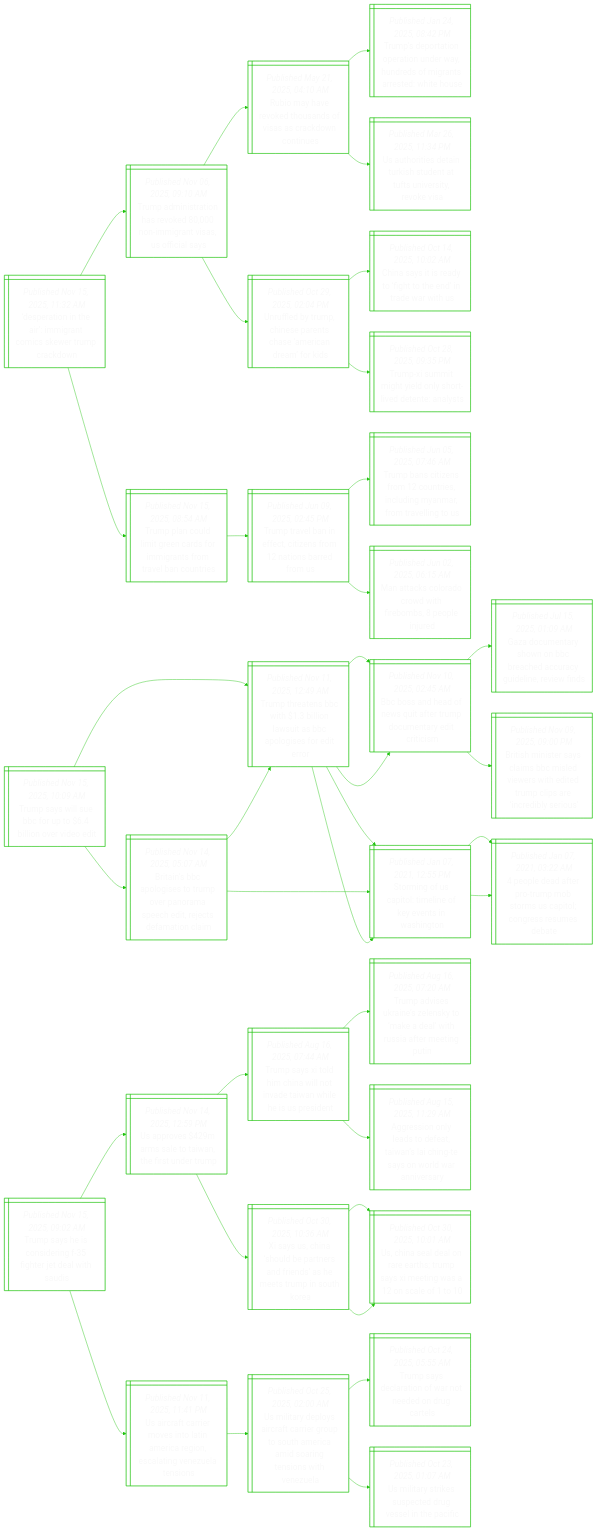
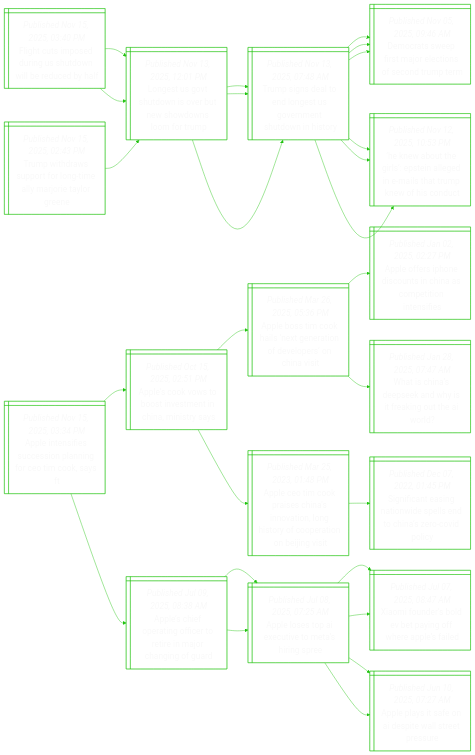
The diagram in README.md (notJmes/notJmes), drawn with Mermaid before and after one commit. The commit also changed other lines of this file, not shown here.

````diff
--- a/README.md
+++ b/README.md
@@ -16,118 +16,91 @@
 flowchart LR
 classDef txtsize font-size:20px;
 
-DrnemamkTcd@{ shape: win-pane, label: "_Published Nov 15, 2025, 11:32 AM_
-‘desperation in the air’: immigrant comics skewer trump crackdown" }
-Taitaooitsfl@{ shape: win-pane, label: "_Published Nov 06, 2025, 09:10 AM_
-Trump administration has revoked 80,000 non-immigrant visas, us official says" }
-Rmvohnvacni@{ shape: win-pane, label: "_Published May 21, 2025, 04:10 AM_
-Rubio may have revoked thousands of visas as crackdown continues" }
-TsrornruditeWH@{ shape: win-pane, label: "_Published Jan 24, 2025, 08:42 PM_
-Trump’s deportation operation under way, hundreds of migrants arrested: white house" }
-UhituheTUrre@{ shape: win-pane, label: "_Published Mar 26, 2025, 11:34 PM_
-Us authorities detain turkish student at tufts university, revoke visa" }
-UfypercAcer@{ shape: win-pane, label: "_Published Oct 29, 2025, 02:04 PM_
-Unruffled by trump, chinese parents chase ‘american dream’ for kids" }
-Cstaftetwt@{ shape: win-pane, label: "_Published Oct 14, 2025, 10:02 AM_
-China says it is ready to ‘fight to the end’ in trade war with us" }
-TXmgelreent@{ shape: win-pane, label: "_Published Oct 28, 2025, 09:35 PM_
-Trump-xi summit might yield only short-lived detente: analysts" }
-Tpoiraoitmecr@{ shape: win-pane, label: "_Published Nov 15, 2025, 08:54 AM_
-Trump plan could limit green cards for immigrants from travel ban countries" }
-Ttlncifasem@{ shape: win-pane, label: "_Published Jun 09, 2025, 02:45 PM_
-Trump travel ban in effect, citizens from 12 nations barred from us" }
-Tbinmtidyrtlt@{ shape: win-pane, label: "_Published Jun 05, 2025, 07:46 AM_
-Trump bans citizens from 12 countries, including myanmar, from travelling to us" }
-MtCaoteslu@{ shape: win-pane, label: "_Published Jun 02, 2025, 06:15 AM_
-Man attacks colorado crowd with firebombs, 8 people injured" }
+Ftieisoledl@{ shape: win-pane, label: "_Published Nov 15, 2025, 03:40 PM_
+Flight cuts imposed during us shutdown will be reduced by half" }
+Lsounenonmr@{ shape: win-pane, label: "_Published Nov 13, 2025, 12:01 PM_
+Longest us govt shutdown is over but new showdowns loom for trump" }
+Tsdootveuns@{ shape: win-pane, label: "_Published Nov 13, 2025, 07:48 AM_
+Trump signs deal to end longest us government shutdown in history" }
+Drwialosdp@{ shape: win-pane, label: "_Published Nov 05, 2025, 09:46 AM_
+Democrats sweep first major elections of second trump term" }
+HwtipngesTkfot@{ shape: win-pane, label: "_Published Nov 12, 2025, 10:53 PM_
+‘he knew about the girls’: epstein alleged in e-mails that trump knew of his conduct" }
+Lsounenonmr@{ shape: win-pane, label: "_Published Nov 13, 2025, 12:01 PM_
+Longest us govt shutdown is over but new showdowns loom for trump" }
+Tsdootveuns@{ shape: win-pane, label: "_Published Nov 13, 2025, 07:48 AM_
+Trump signs deal to end longest us government shutdown in history" }
+Drwialosdp@{ shape: win-pane, label: "_Published Nov 05, 2025, 09:46 AM_
+Democrats sweep first major elections of second trump term" }
+HwtipngesTkfot@{ shape: win-pane, label: "_Published Nov 12, 2025, 10:53 PM_
+‘he knew about the girls’: epstein alleged in e-mails that trump knew of his conduct" }
 
-DrnemamkTcd:::txtsize --> Taitaooitsfl:::txtsize
-Taitaooitsfl:::txtsize --> Rmvohnvacni:::txtsize
-Rmvohnvacni:::txtsize --> TsrornruditeWH:::txtsize
-Rmvohnvacni:::txtsize --> UhituheTUrre:::txtsize
-Taitaooitsfl:::txtsize --> UfypercAcer:::txtsize
-UfypercAcer:::txtsize --> Cstaftetwt:::txtsize
-UfypercAcer:::txtsize --> TXmgelreent:::txtsize
-DrnemamkTcd:::txtsize --> Tpoiraoitmecr:::txtsize
-Tpoiraoitmecr:::txtsize --> Ttlncifasem:::txtsize
-Ttlncifasem:::txtsize --> Tbinmtidyrtlt:::txtsize
-Ttlncifasem:::txtsize --> MtCaoteslu:::txtsize
+Ftieisoledl:::txtsize --> Lsounenonmr:::txtsize
+Lsounenonmr:::txtsize --> Tsdootveuns:::txtsize
+Tsdootveuns:::txtsize --> Drwialosdp:::txtsize
+Tsdootveuns:::txtsize --> HwtipngesTkfot:::txtsize
+Ftieisoledl:::txtsize --> Lsounenonmr:::txtsize
+Lsounenonmr:::txtsize --> Tsdootveuns:::txtsize
+Tsdootveuns:::txtsize --> Drwialosdp:::txtsize
+Tsdootveuns:::txtsize --> HwtipngesTkfot:::txtsize
 
-Tsieooieet@{ shape: win-pane, label: "_Published Nov 15, 2025, 10:09 AM_
-Trump says will sue bbc for up to $6.4 billion over video edit" }
-TttBhiwaagfio@{ shape: win-pane, label: "_Published Nov 11, 2025, 12:49 AM_
-Trump threatens bbc with $1.3 billion lawsuit as bbc apologises for edit error" }
-Bshfqfroneri@{ shape: win-pane, label: "_Published Nov 10, 2025, 02:45 AM_
-Bbc boss and head of news quit after trump documentary edit criticism" }
-Gonsobhcyerws@{ shape: win-pane, label: "_Published Jul 15, 2025, 01:09 AM_
-Gaza documentary shown on bbc breached accuracy guideline, review finds" }
-BsislBsisedpsnies@{ shape: win-pane, label: "_Published Nov 09, 2025, 09:00 PM_
-British minister says claims bbc misled viewers with edited trump clips are ‘incredibly serious’" }
-SiUiinenWn@{ shape: win-pane, label: "_Published Jan 07, 2021, 12:55 PM_
-Storming of us capitol: timeline of key events in washington" }
-peapubmalrest@{ shape: win-pane, label: "_Published Jan 07, 2021, 03:22 AM_
-4 people dead after pro-trump mob storms us capitol; congress resumes debate" }
-BiCosueoshrtaoi@{ shape: win-pane, label: "_Published Nov 14, 2025, 05:07 AM_
-Britain’s bbc apologises to trump over panorama speech edit, rejects defamation claim" }
-SiUiinenWn@{ shape: win-pane, label: "_Published Jan 07, 2021, 12:55 PM_
-Storming of us capitol: timeline of key events in washington" }
-peapubmalrest@{ shape: win-pane, label: "_Published Jan 07, 2021, 03:22 AM_
-4 people dead after pro-trump mob storms us capitol; congress resumes debate" }
-TttBhiwaagfio@{ shape: win-pane, label: "_Published Nov 11, 2025, 12:49 AM_
-Trump threatens bbc with $1.3 billion lawsuit as bbc apologises for edit error" }
-Bshfqfroneri@{ shape: win-pane, label: "_Published Nov 10, 2025, 02:45 AM_
-Bbc boss and head of news quit after trump documentary edit criticism" }
-SiUiinenWn@{ shape: win-pane, label: "_Published Jan 07, 2021, 12:55 PM_
-Storming of us capitol: timeline of key events in washington" }
+AissennoTos@{ shape: win-pane, label: "_Published Nov 15, 2025, 03:34 PM_
+Apple intensifies succession planning for ceo tim cook, says ft" }
+Asvotstiny@{ shape: win-pane, label: "_Published Oct 15, 2025, 02:51 PM_
+Apple’s cook vows to boost investment in china, ministry says" }
+Abiksgaoerhi@{ shape: win-pane, label: "_Published Mar 26, 2025, 05:36 PM_
+Apple boss tim cook hails ‘next generation of developers’ on china visit" }
+Aosncsictnne@{ shape: win-pane, label: "_Published Jan 02, 2025, 02:27 PM_
+Apple offers iphone discounts in china as competition intensifies" }
+WsapayfitId@{ shape: win-pane, label: "_Published Jan 28, 2025, 07:47 AM_
+What is china’s deepseek and why is it freaking out the ai world?" }
+ACmpennintfeoegt@{ shape: win-pane, label: "_Published Mar 25, 2023, 01:48 PM_
+Apple ceo tim cook praises china's innovation, long history of cooperation on beijing visit" }
+Sftnidldievl@{ shape: win-pane, label: "_Published Dec 07, 2022, 01:45 PM_
+Significant easing nationwide spells end to china’s zero-covid policy" }
+Asfaoeeionor@{ shape: win-pane, label: "_Published Jul 09, 2025, 08:38 AM_
+Apple’s chief operating officer to retire in major changing of guard" }
+Altetosne@{ shape: win-pane, label: "_Published Jul 08, 2025, 07:25 AM_
+Apple loses top ai executive to meta’s hiring spree" }
+Xidobyfrli@{ shape: win-pane, label: "_Published Jul 07, 2025, 08:47 AM_
+Xiaomi founder’s bold ev bet paying off where apple’s failed" }
+Apiedtles@{ shape: win-pane, label: "_Published Jun 10, 2025, 07:27 AM_
+Apple plays it safe on ai despite wall street pressure" }
+Altetosne@{ shape: win-pane, label: "_Published Jul 08, 2025, 07:25 AM_
+Apple loses top ai executive to meta’s hiring spree" }
+Xidobyfrli@{ shape: win-pane, label: "_Published Jul 07, 2025, 08:47 AM_
+Xiaomi founder’s bold ev bet paying off where apple’s failed" }
+Apiedtles@{ shape: win-pane, label: "_Published Jun 10, 2025, 07:27 AM_
+Apple plays it safe on ai despite wall street pressure" }
 
-Tsieooieet:::txtsize --> TttBhiwaagfio:::txtsize
-TttBhiwaagfio:::txtsize --> Bshfqfroneri:::txtsize
-Bshfqfroneri:::txtsize --> Gonsobhcyerws:::txtsize
-Bshfqfroneri:::txtsize --> BsislBsisedpsnies:::txtsize
-TttBhiwaagfio:::txtsize --> SiUiinenWn:::txtsize
-SiUiinenWn:::txtsize --> peapubmalrest:::txtsize
-Tsieooieet:::txtsize --> BiCosueoshrtaoi:::txtsize
-BiCosueoshrtaoi:::txtsize --> SiUiinenWn:::txtsize
-SiUiinenWn:::txtsize --> peapubmalrest:::txtsize
-BiCosueoshrtaoi:::txtsize --> TttBhiwaagfio:::txtsize
-TttBhiwaagfio:::txtsize --> Bshfqfroneri:::txtsize
-TttBhiwaagfio:::txtsize --> SiUiinenWn:::txtsize
+AissennoTos:::txtsize --> Asvotstiny:::txtsize
+Asvotstiny:::txtsize --> Abiksgaoerhi:::txtsize
+Abiksgaoerhi:::txtsize --> Aosncsictnne:::txtsize
+Abiksgaoerhi:::txtsize --> WsapayfitId:::txtsize
+Asvotstiny:::txtsize --> ACmpennintfeoegt:::txtsize
+ACmpennintfeoegt:::txtsize --> Sftnidldievl:::txtsize
+AissennoTos:::txtsize --> Asfaoeeionor:::txtsize
+Asfaoeeionor:::txtsize --> Altetosne:::txtsize
+Altetosne:::txtsize --> Xidobyfrli:::txtsize
+Altetosne:::txtsize --> Apiedtles:::txtsize
+Asfaoeeionor:::txtsize --> Altetosne:::txtsize
+Altetosne:::txtsize --> Xidobyfrli:::txtsize
+Altetosne:::txtsize --> Apiedtles:::txtsize
 
-Tsenrfediu@{ shape: win-pane, label: "_Published Nov 15, 2025, 09:02 AM_
-Trump says he is considering f-35 fighter jet deal with saudis" }
-UrmsoafuT@{ shape: win-pane, label: "_Published Nov 14, 2025, 12:59 PM_
-Us approves $429m arms sale to taiwan, the first under trump" }
-Tsihiliealsen@{ shape: win-pane, label: "_Published Aug 16, 2025, 07:44 AM_
-Trump says xi told him china will not invade taiwan while he is us president" }
-TaeaZsmdisfegn@{ shape: win-pane, label: "_Published Aug 16, 2025, 07:20 AM_
-Trump advises ukraine’s zelensky to ‘make a deal’ with russia after meeting putin" }
-Asoeoawanawwns@{ shape: win-pane, label: "_Published Aug 15, 2025, 11:29 AM_
-Aggression only leads to defeat, taiwan’s lai ching-te says on world war anniversary" }
-XsioenneseuSK@{ shape: win-pane, label: "_Published Oct 30, 2025, 10:36 AM_
-Xi says us, china ‘should be partners and friends’ as he meets trump in south korea" }
-Unloehmsewne@{ shape: win-pane, label: "_Published Oct 30, 2025, 10:01 AM_
-Us, china seal deal on rare earths; trump says xi meeting was a 12 on scale of 1 to 10" }
-Unloehmsewne@{ shape: win-pane, label: "_Published Oct 30, 2025, 10:01 AM_
-Us, china seal deal on rare earths; trump says xi meeting was a 12 on scale of 1 to 10" }
-Ucceeonigsteens@{ shape: win-pane, label: "_Published Nov 11, 2025, 11:41 PM_
-Us aircraft carrier moves into latin america region, escalating venezuela tensions" }
-Uidycceuomasnswee@{ shape: win-pane, label: "_Published Oct 25, 2025, 02:00 AM_
-Us military deploys aircraft carrier group to south america amid soaring tensions with venezuela" }
-Tseaonencl@{ shape: win-pane, label: "_Published Oct 24, 2025, 05:55 AM_
-Trump says declaration of war not needed on drug cartels" }
-Uisepdvlef@{ shape: win-pane, label: "_Published Oct 23, 2025, 01:07 AM_
-Us military strikes suspected drug vessel in the pacific" }
+TwrutomyoaGe@{ shape: win-pane, label: "_Published Nov 15, 2025, 02:43 PM_
+Trump withdraws support for long-time ally marjorie taylor greene" }
+Lsounenonmr@{ shape: win-pane, label: "_Published Nov 13, 2025, 12:01 PM_
+Longest us govt shutdown is over but new showdowns loom for trump" }
+Tsdootveuns@{ shape: win-pane, label: "_Published Nov 13, 2025, 07:48 AM_
+Trump signs deal to end longest us government shutdown in history" }
+Drwialosdp@{ shape: win-pane, label: "_Published Nov 05, 2025, 09:46 AM_
+Democrats sweep first major elections of second trump term" }
+HwtipngesTkfot@{ shape: win-pane, label: "_Published Nov 12, 2025, 10:53 PM_
+‘he knew about the girls’: epstein alleged in e-mails that trump knew of his conduct" }
 
-Tsenrfediu:::txtsize --> UrmsoafuT:::txtsize
-UrmsoafuT:::txtsize --> Tsihiliealsen:::txtsize
-Tsihiliealsen:::txtsize --> TaeaZsmdisfegn:::txtsize
-Tsihiliealsen:::txtsize --> Asoeoawanawwns:::txtsize
-UrmsoafuT:::txtsize --> XsioenneseuSK:::txtsize
-XsioenneseuSK:::txtsize --> Unloehmsewne:::txtsize
-XsioenneseuSK:::txtsize --> Unloehmsewne:::txtsize
-Tsenrfediu:::txtsize --> Ucceeonigsteens:::txtsize
-Ucceeonigsteens:::txtsize --> Uidycceuomasnswee:::txtsize
-Uidycceuomasnswee:::txtsize --> Tseaonencl:::txtsize
-Uidycceuomasnswee:::txtsize --> Uisepdvlef:::txtsize
+TwrutomyoaGe:::txtsize --> Lsounenonmr:::txtsize
+Lsounenonmr:::txtsize --> Tsdootveuns:::txtsize
+Tsdootveuns:::txtsize --> Drwialosdp:::txtsize
+Tsdootveuns:::txtsize --> HwtipngesTkfot:::txtsize
 
 ```
````
